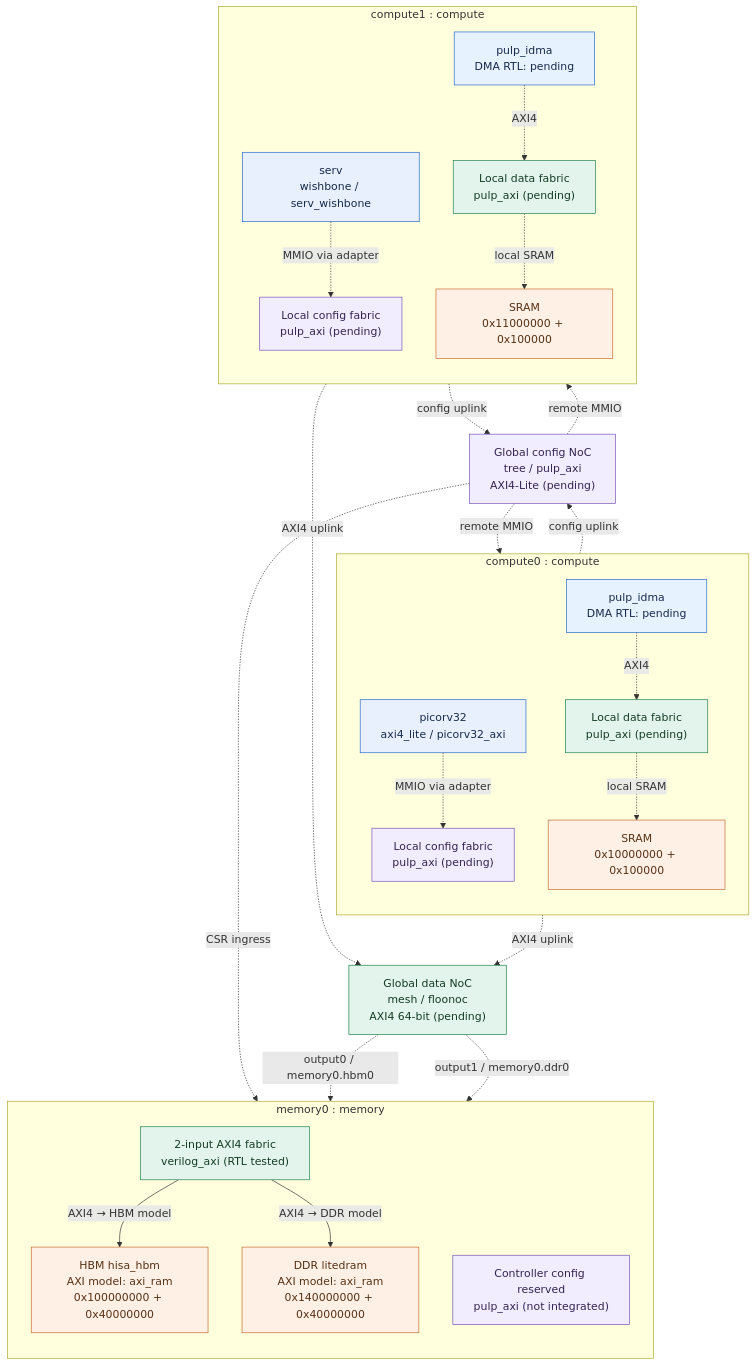
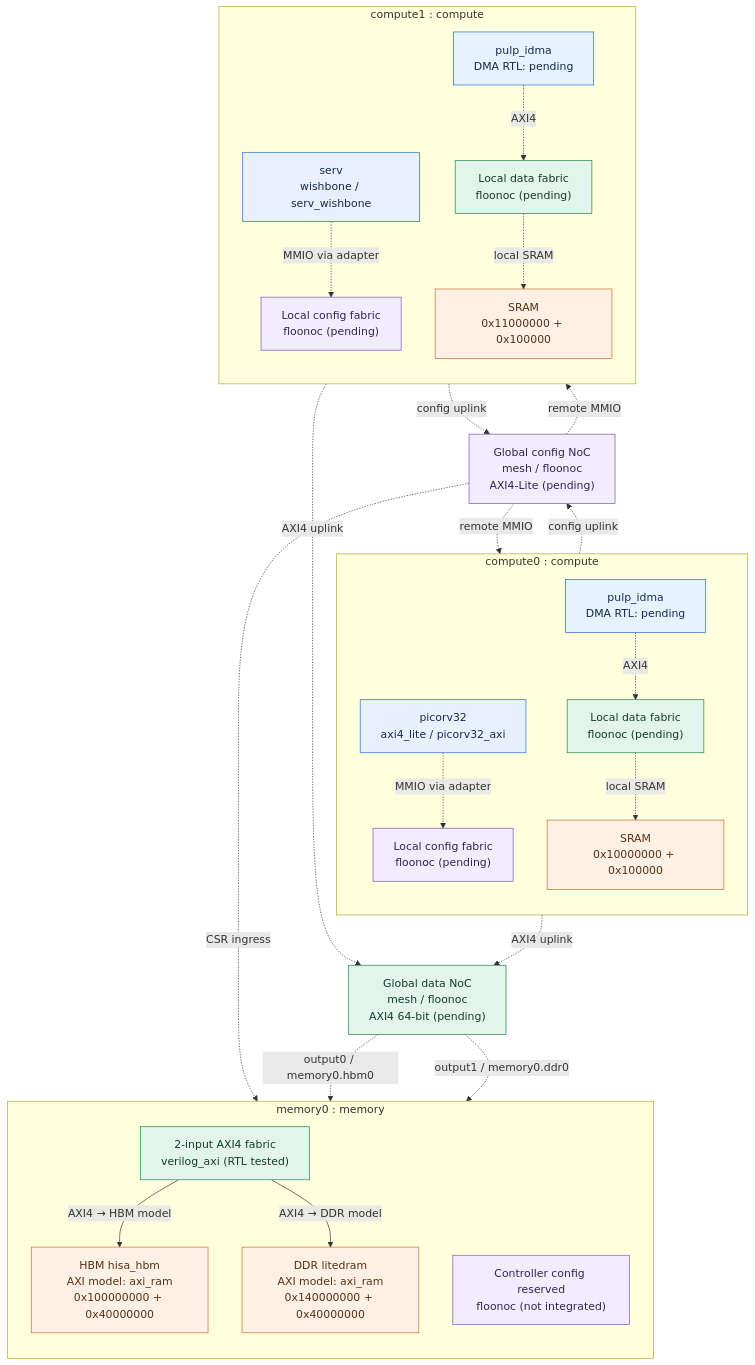
Before and after one commit to r987r/xezim-hello-world: the diagram in gen/diagrams/architecture.mmd, drawn with Mermaid. The commit also changed 10 other files, not shown here.

Commit message:
Regenerate SoC diagrams for unified FlooNoC topology

```diff
--- a/gen/diagrams/architecture.mmd
+++ b/gen/diagrams/architecture.mmd
@@ -1,51 +1,51 @@
 flowchart TB
   classDef cpu fill:#e8f0fe,stroke:#2869c9,color:#172a4b,stroke-width:1px;
   classDef dma fill:#e7f2ff,stroke:#2869c9,color:#172a4b,stroke-width:1px;
   classDef fabric fill:#e3f4ec,stroke:#20824e,color:#153c26,stroke-width:1px;
   classDef memory fill:#fff0e6,stroke:#c46b2f,color:#563115,stroke-width:1px;
   classDef config fill:#f1edff,stroke:#7654b5,color:#342451,stroke-width:1px;
   classDef verification fill:#e3f4ec,stroke:#20824e,color:#153c26,stroke-width:1px;
   classDef model fill:#f2f2f2,stroke:#888888,color:#333333,stroke-width:1px;
   subgraph box_compute0["compute0 : compute"]
     direction TB
     compute0_cpu["picorv32<br/>axi4_lite / picorv32_axi"]:::cpu
     compute0_dma["pulp_idma<br/>DMA RTL: pending"]:::dma
-    compute0_local_data["Local data fabric<br/>pulp_axi (pending)"]:::fabric
-    compute0_local_config["Local config fabric<br/>pulp_axi (pending)"]:::config
+    compute0_local_data["Local data fabric<br/>floonoc (pending)"]:::fabric
+    compute0_local_config["Local config fabric<br/>floonoc (pending)"]:::config
     compute0_sram["SRAM<br/>0x10000000 + 0x100000"]:::memory
   end
   subgraph box_compute1["compute1 : compute"]
     direction TB
     compute1_cpu["serv<br/>wishbone / serv_wishbone"]:::cpu
     compute1_dma["pulp_idma<br/>DMA RTL: pending"]:::dma
-    compute1_local_data["Local data fabric<br/>pulp_axi (pending)"]:::fabric
-    compute1_local_config["Local config fabric<br/>pulp_axi (pending)"]:::config
+    compute1_local_data["Local data fabric<br/>floonoc (pending)"]:::fabric
+    compute1_local_config["Local config fabric<br/>floonoc (pending)"]:::config
     compute1_sram["SRAM<br/>0x11000000 + 0x100000"]:::memory
   end
   subgraph box_memory0["memory0 : memory"]
     direction TB
     memory0_local_data["2-input AXI4 fabric<br/>verilog_axi (RTL tested)"]:::fabric
-    memory0_local_config["Controller config reserved<br/>pulp_axi (not integrated)"]:::config
+    memory0_local_config["Controller config reserved<br/>floonoc (not integrated)"]:::config
     memory0_hbm0["HBM hisa_hbm<br/>AXI model: axi_ram<br/>0x100000000 + 0x40000000"]:::memory
     memory0_ddr0["DDR litedram<br/>AXI model: axi_ram<br/>0x140000000 + 0x40000000"]:::memory
   end
   global_data["Global data NoC<br/>mesh / floonoc<br/>AXI4 64-bit (pending)"]:::fabric
-  global_config["Global config NoC<br/>tree / pulp_axi<br/>AXI4-Lite (pending)"]:::config
+  global_config["Global config NoC<br/>mesh / floonoc<br/>AXI4-Lite (pending)"]:::config
   compute0_cpu -.->|MMIO via adapter| compute0_local_config
   compute0_dma -.->|AXI4| compute0_local_data
   compute0_local_data -.->|local SRAM| compute0_sram
   compute0_local_data -.->|AXI4 uplink| global_data
   compute0_local_config -.->|config uplink| global_config
   compute1_cpu -.->|MMIO via adapter| compute1_local_config
   compute1_dma -.->|AXI4| compute1_local_data
   compute1_local_data -.->|local SRAM| compute1_sram
   compute1_local_data -.->|AXI4 uplink| global_data
   compute1_local_config -.->|config uplink| global_config
   memory0_local_data -->|AXI4 → HBM model| memory0_hbm0
   memory0_local_data -->|AXI4 → DDR model| memory0_ddr0
   global_config -.->|CSR ingress| memory0_local_config
   global_data -.->|output0 / memory0.hbm0| memory0_local_data
   global_data -.->|output1 / memory0.ddr0| memory0_local_data
   global_config -.->|remote MMIO| compute0_local_config
   global_config -.->|remote MMIO| compute1_local_config
   %% Dashed links = planned full-chip integration; solid links = memory model RTL scope.
```
